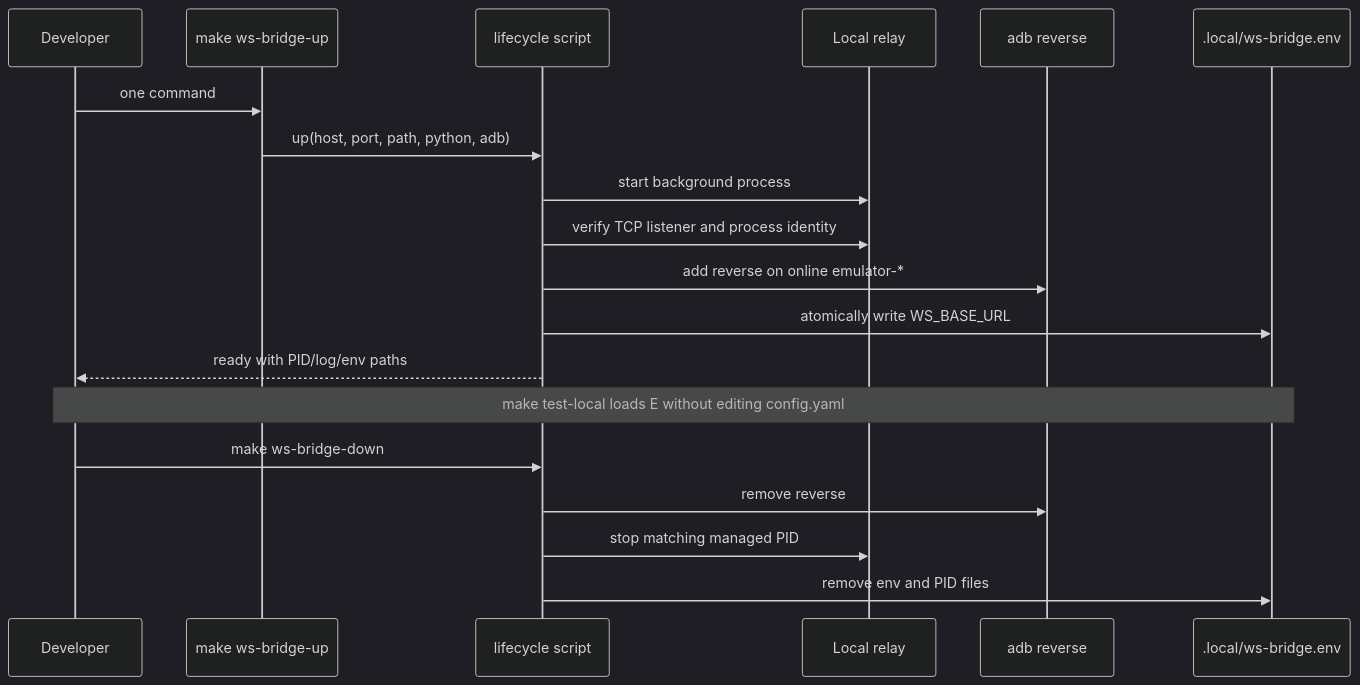
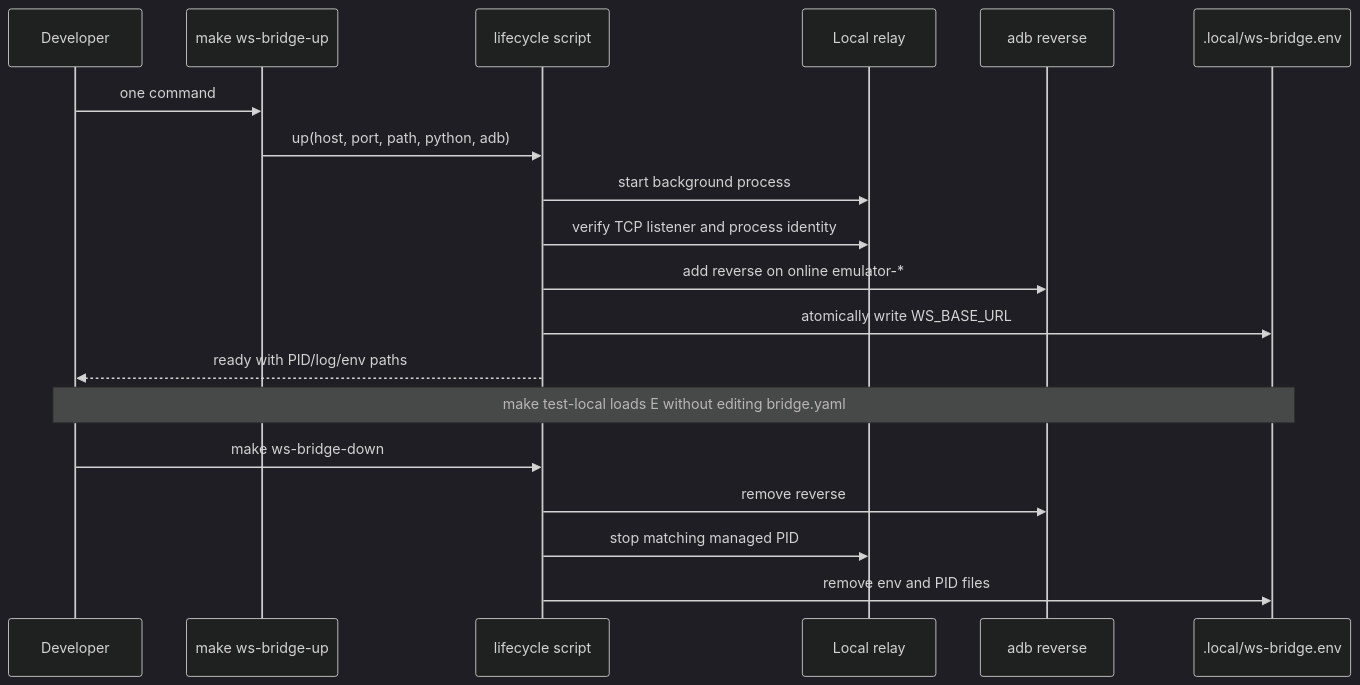
Before and after one commit to easemob/im_flutter_sdk: the second of 3 diagrams in .doc/specs/local-websocket-bridge/design.md, drawn with Mermaid (dark theme). The commit also changed other lines of this file and 37 other files, not shown here.

First line of the commit message:
feat: unify runtime config with im-test-hub app schema

````diff
--- a/.doc/specs/local-websocket-bridge/design.md
+++ b/.doc/specs/local-websocket-bridge/design.md
@@ -61,22 +61,22 @@
 ```mermaid
 sequenceDiagram
     participant D as Developer
     participant M as make ws-bridge-up
     participant L as lifecycle script
     participant R as Local relay
     participant A as adb reverse
     participant E as .local/ws-bridge.env
 
     D->>M: one command
     M->>L: up(host, port, path, python, adb)
     L->>R: start background process
     L->>R: verify TCP listener and process identity
     L->>A: add reverse on online emulator-*
     L->>E: atomically write WS_BASE_URL
     L-->>D: ready with PID/log/env paths
-    Note over D,E: make test-local loads E without editing config.yaml
+    Note over D,E: make test-local loads E without editing bridge.yaml
     D->>L: make ws-bridge-down
     L->>A: remove reverse
     L->>R: stop matching managed PID
     L->>E: remove env and PID files
 ```
````
